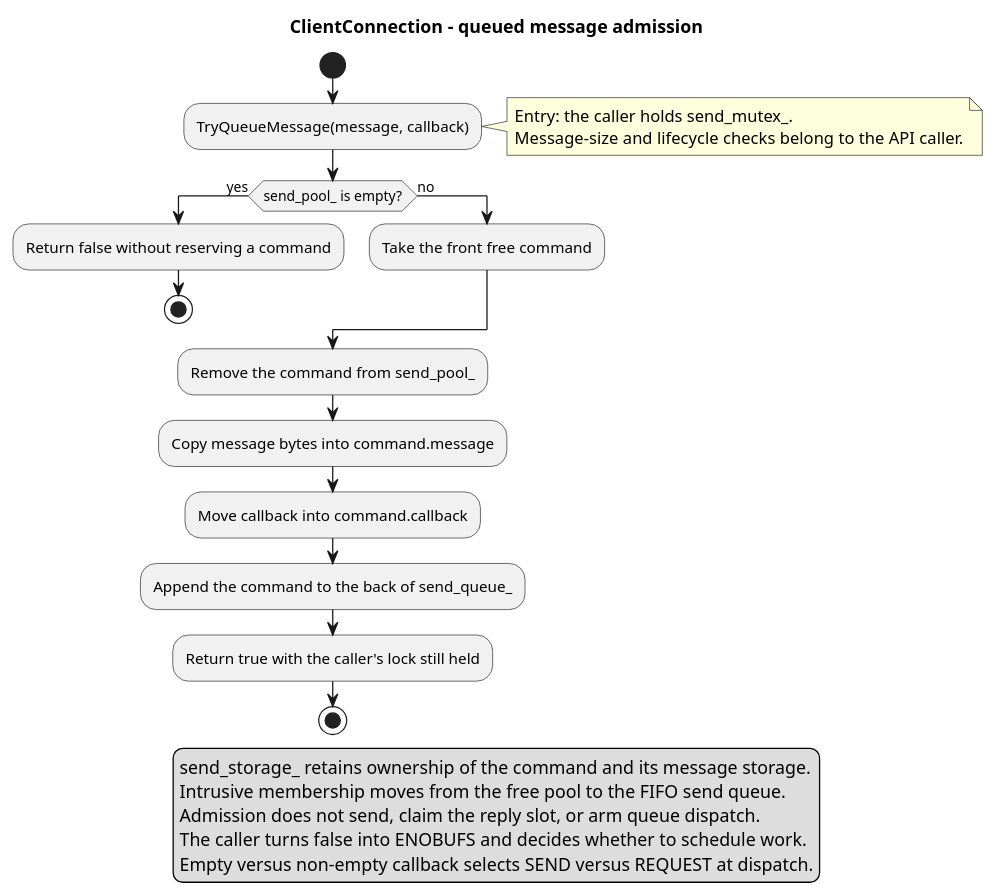
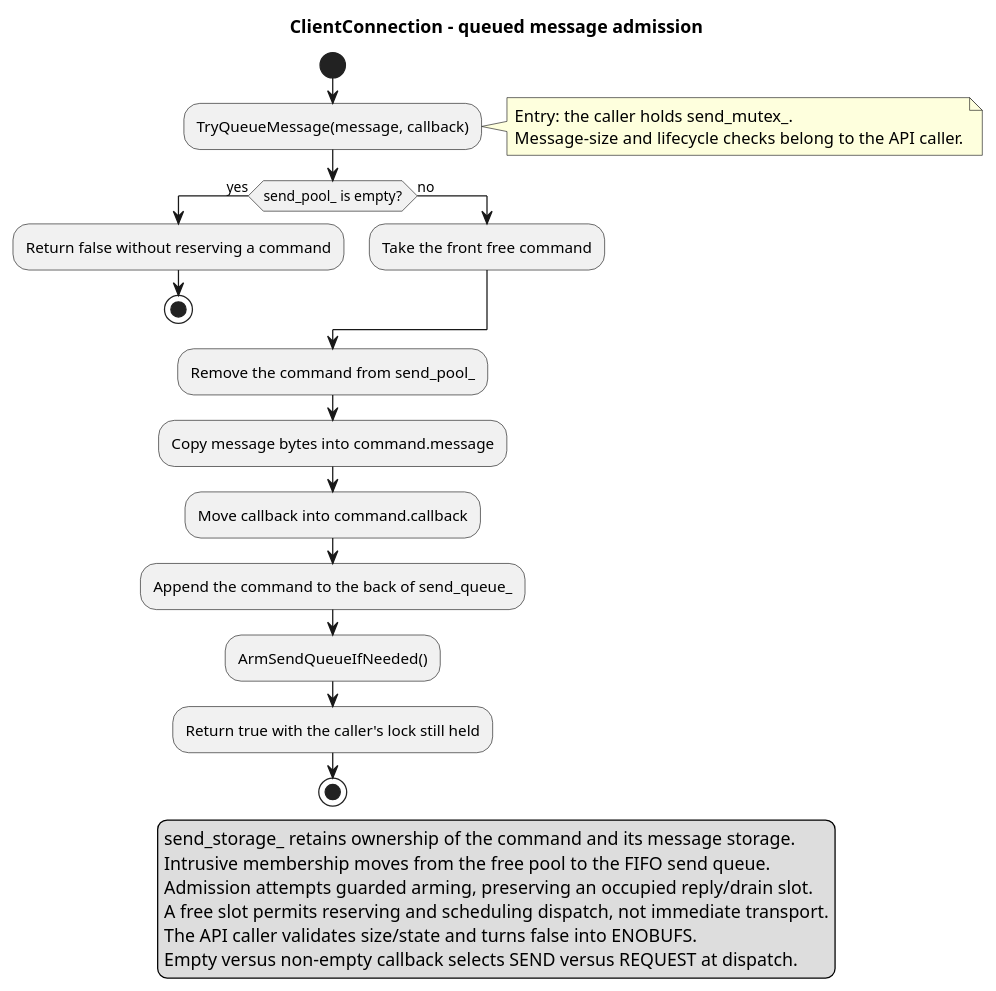
Before and after one commit to eclipse-score/communication: the diagram in score/message_passing/dependability/software_unit_design/client_connection_try_queue_message_activity.puml, drawn with PlantUML. The commit also changed 18 other files, not shown here.

```diff
--- a/score/message_passing/dependability/software_unit_design/client_connection_try_queue_message_activity.puml
+++ b/score/message_passing/dependability/software_unit_design/client_connection_try_queue_message_activity.puml
@@ -1,31 +1,33 @@
 @startuml client_connection_try_queue_message_activity
 title ClientConnection - queued message admission
 
 start
 :TryQueueMessage(message, callback);
 note right
     Entry: the caller holds send_mutex_.
     Message-size and lifecycle checks belong to the API caller.
 end note
 if (send_pool_ is empty?) then (yes)
     :Return false without reserving a command;
     stop
 else (no)
     :Take the front free command;
 endif
 :Remove the command from send_pool_;
 :Copy message bytes into command.message;
 :Move callback into command.callback;
 :Append the command to the back of send_queue_;
+:ArmSendQueueIfNeeded();
 :Return true with the caller's lock still held;
 stop
 
 legend
     send_storage_ retains ownership of the command and its message storage.
     Intrusive membership moves from the free pool to the FIFO send queue.
-    Admission does not send, claim the reply slot, or arm queue dispatch.
-    The caller turns false into ENOBUFS and decides whether to schedule work.
+    Admission attempts guarded arming, preserving an occupied reply/drain slot.
+    A free slot permits reserving and scheduling dispatch, not immediate transport.
+    The API caller validates size/state and turns false into ENOBUFS.
     Empty versus non-empty callback selects SEND versus REQUEST at dispatch.
 endlegend
 
 @enduml
```
